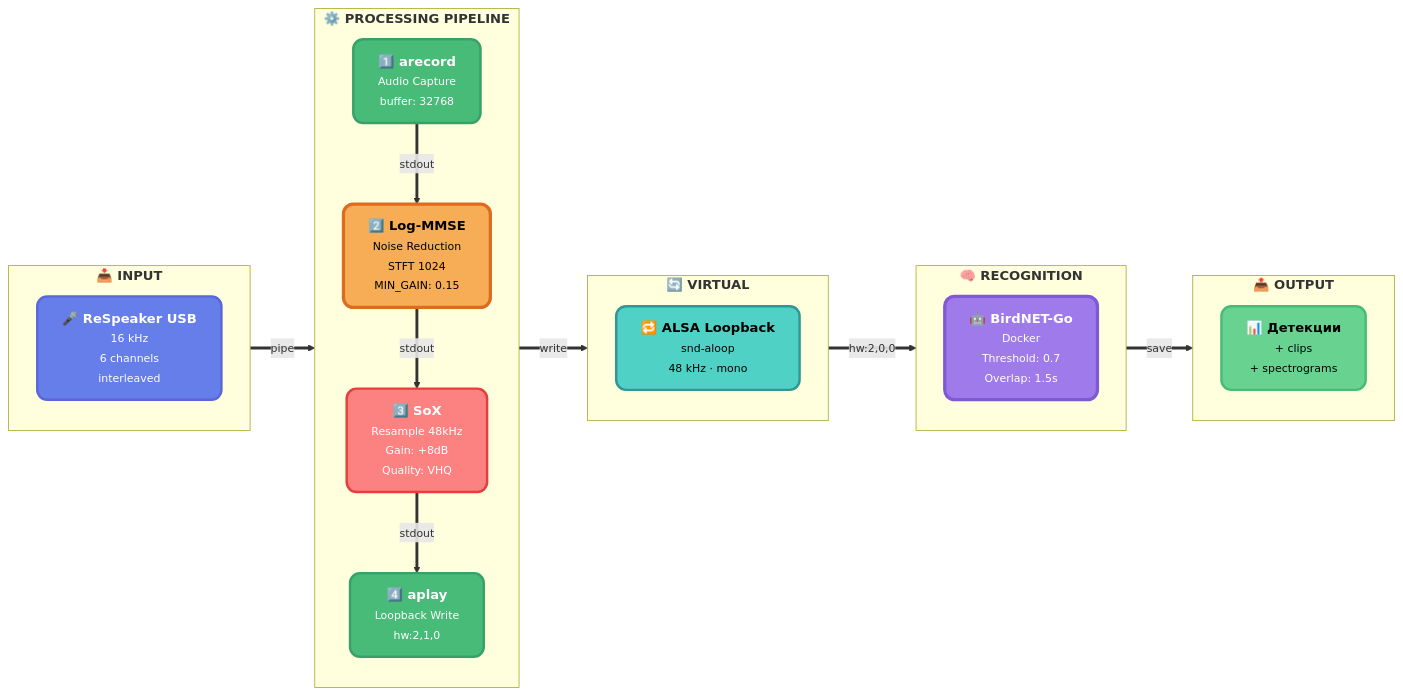
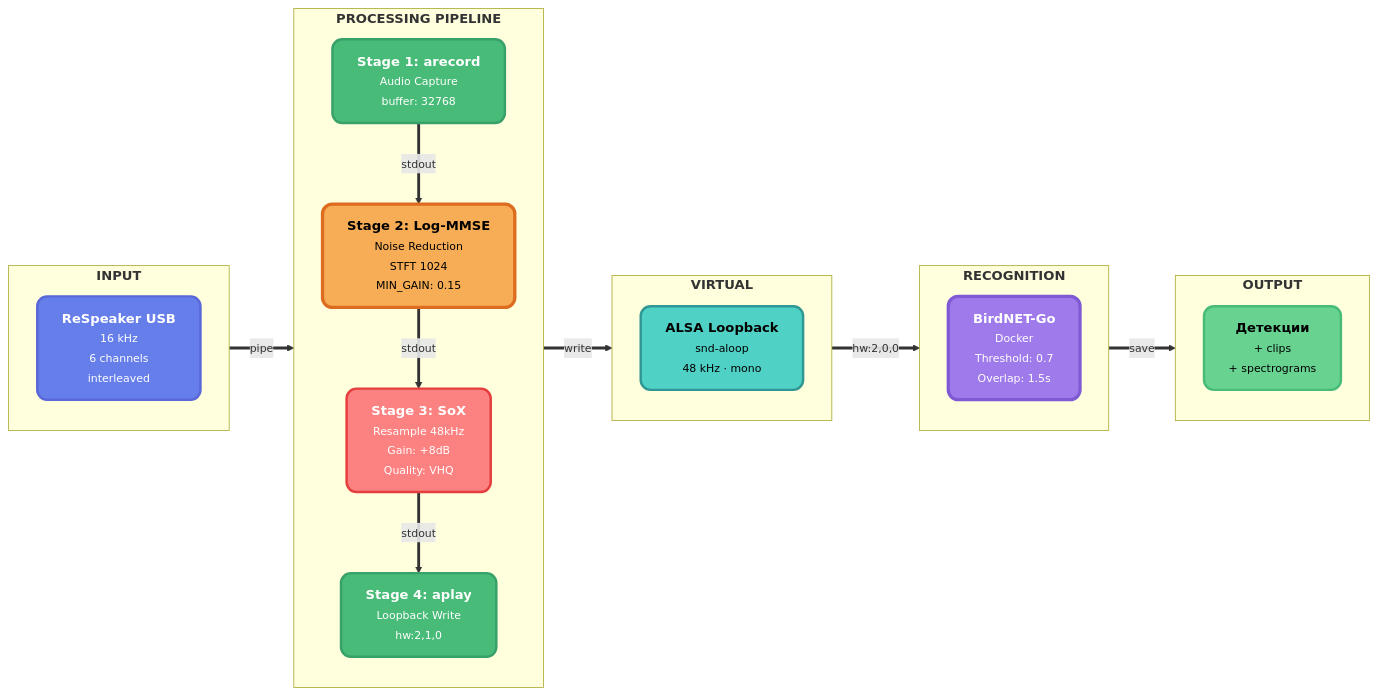
The second of 2 diagrams in article.md (Gfermoto/birdnet_odas), drawn with Mermaid before and after one commit. The commit also changed other lines of this file and 2 other files, not shown here.

First line of the commit message:
design: убраны все эмодзи из диаграмм

````diff
--- a/article.md
+++ b/article.md
@@ -164,56 +164,56 @@
 ```mermaid
 %%{init: {'theme':'base', 'themeVariables': { 'fontSize':'14px', 'fontFamily':'system-ui, -apple-system, "Segoe UI", Roboto, sans-serif'}}}%%
 flowchart LR
-    subgraph IN["<b>📥 INPUT</b>"]
+    subgraph IN["<b>INPUT</b>"]
         direction TB
-        A["<b>🎤 ReSpeaker USB</b><br/><small>16 kHz<br/>6 channels<br/>interleaved</small>"]
+        A["<b>ReSpeaker USB</b><br/><small>16 kHz<br/>6 channels<br/>interleaved</small>"]
     end
     
-    subgraph PROC["<b>⚙️ PROCESSING PIPELINE</b>"]
+    subgraph PROC["<b>PROCESSING PIPELINE</b>"]
         direction TB
-        B["<b>1️⃣ arecord</b><br/><small>Audio Capture<br/>buffer: 32768</small>"]
-        C["<b>2️⃣ Log-MMSE</b><br/><small>Noise Reduction<br/>STFT 1024<br/>MIN_GAIN: 0.15</small>"]
-        D["<b>3️⃣ SoX</b><br/><small>Resample 48kHz<br/>Gain: +8dB<br/>Quality: VHQ</small>"]
-        E["<b>4️⃣ aplay</b><br/><small>Loopback Write<br/>hw:2,1,0</small>"]
+        B["<b>Stage 1: arecord</b><br/><small>Audio Capture<br/>buffer: 32768</small>"]
+        C["<b>Stage 2: Log-MMSE</b><br/><small>Noise Reduction<br/>STFT 1024<br/>MIN_GAIN: 0.15</small>"]
+        D["<b>Stage 3: SoX</b><br/><small>Resample 48kHz<br/>Gain: +8dB<br/>Quality: VHQ</small>"]
+        E["<b>Stage 4: aplay</b><br/><small>Loopback Write<br/>hw:2,1,0</small>"]
     end
     
-    subgraph LOOP["<b>🔄 VIRTUAL</b>"]
+    subgraph LOOP["<b>VIRTUAL</b>"]
         direction TB
-        F["<b>🔁 ALSA Loopback</b><br/><small>snd-aloop<br/>48 kHz · mono</small>"]
+        F["<b>ALSA Loopback</b><br/><small>snd-aloop<br/>48 kHz · mono</small>"]
     end
     
-    subgraph AI["<b>🧠 RECOGNITION</b>"]
+    subgraph AI["<b>RECOGNITION</b>"]
         direction TB
-        G["<b>🤖 BirdNET-Go</b><br/><small>Docker<br/>Threshold: 0.7<br/>Overlap: 1.5s</small>"]
+        G["<b>BirdNET-Go</b><br/><small>Docker<br/>Threshold: 0.7<br/>Overlap: 1.5s</small>"]
     end
     
-    subgraph OUTDATA["<b>📤 OUTPUT</b>"]
+    subgraph OUTDATA["<b>OUTPUT</b>"]
         direction TB
-        H["<b>📊 Детекции</b><br/><small>+ clips<br/>+ spectrograms</small>"]
+        H["<b>Детекции</b><br/><small>+ clips<br/>+ spectrograms</small>"]
     end
     
     A ==>|"<small>pipe</small>"| B
     B ==>|"<small>stdout</small>"| C
     C ==>|"<small>stdout</small>"| D
     D ==>|"<small>stdout</small>"| E
     E ==>|"<small>write</small>"| F
     F ==>|"<small>hw:2,0,0</small>"| G
     G ==>|"<small>save</small>"| H
     
     classDef input fill:#667EEA,stroke:#5A67D8,stroke-width:3px,color:#fff,rx:12,ry:12
     classDef capture fill:#48BB78,stroke:#38A169,stroke-width:3px,color:#fff,rx:12,ry:12
     classDef core fill:#F6AD55,stroke:#DD6B20,stroke-width:4px,color:#000,rx:12,ry:12
     classDef convert fill:#FC8181,stroke:#E53E3E,stroke-width:3px,color:#fff,rx:12,ry:12
     classDef virtual fill:#4FD1C5,stroke:#319795,stroke-width:3px,color:#000,rx:12,ry:12
     classDef ai fill:#9F7AEA,stroke:#805AD5,stroke-width:4px,color:#fff,rx:12,ry:12
     classDef output fill:#68D391,stroke:#48BB78,stroke-width:3px,color:#000,rx:12,ry:12
     
     class A input
     class B capture
     class C core
     class D convert
     class E capture
     class F virtual
     class G ai
     class H output
 ```
````
